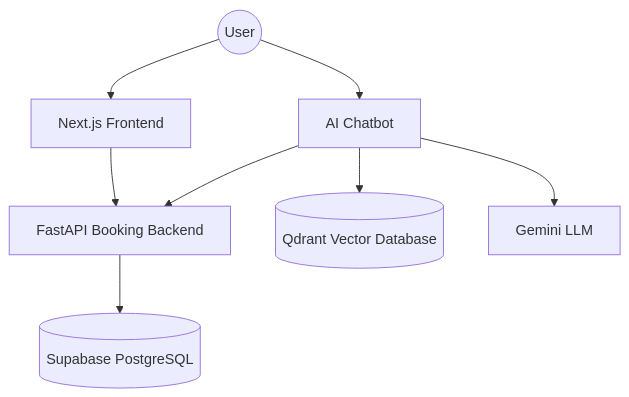
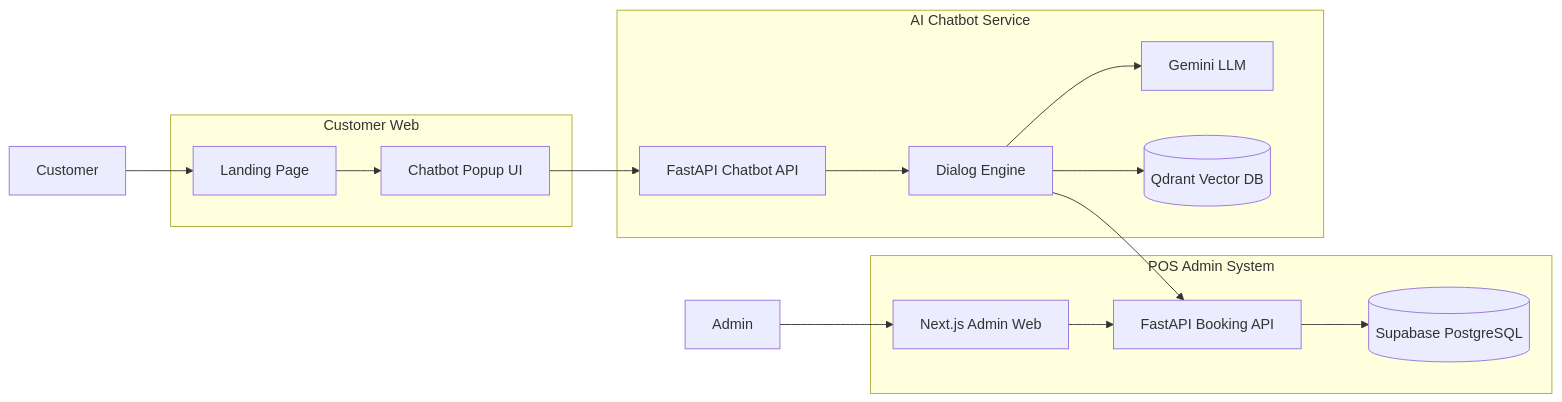
Before and after one commit to duy-debug/booking-AI-system: the diagram in README.md, drawn with Mermaid. The commit also changed other lines of this file, not shown here.

Commit message:
feat: update README with improved AI Chatbot service description and booking management features

````diff
--- a/README.md
+++ b/README.md
@@ -84,14 +51,36 @@
 ```mermaid
-flowchart TB
-    User((User))
+flowchart LR
+    Admin[Admin]
+    Customer[Customer]
 
-    User --> FE[Next.js Frontend]
-    User --> CB[AI Chatbot]
+    subgraph Admin_System[POS Admin System]
+        AdminFE[Next.js Admin Web]
+        POS[FastAPI Booking API]
+        DB[(Supabase PostgreSQL)]
+    end
 
-    FE --> BE[FastAPI Booking Backend]
-    CB --> BE
-    CB --> Qdrant[(Qdrant Vector Database)]
-    CB --> Gemini[Gemini LLM]
+    subgraph Customer_Web[Customer Web]
+        Landing[Landing Page]
+        ChatPopup[Chatbot Popup UI]
+    end
 
-    BE --> DB[(Supabase PostgreSQL)]
+    subgraph AI_Service[AI Chatbot Service]
+        ChatAPI[FastAPI Chatbot API]
+        Dialog[Dialog Engine]
+        Gemini[Gemini LLM]
+        Qdrant[(Qdrant Vector DB)]
+    end
+
+    Admin --> AdminFE
+    AdminFE --> POS
+    POS --> DB
+
+    Customer --> Landing
+    Landing --> ChatPopup
+    ChatPopup --> ChatAPI
+
+    ChatAPI --> Dialog
+    Dialog --> Gemini
+    Dialog --> Qdrant
+    Dialog --> POS
 ```
````
